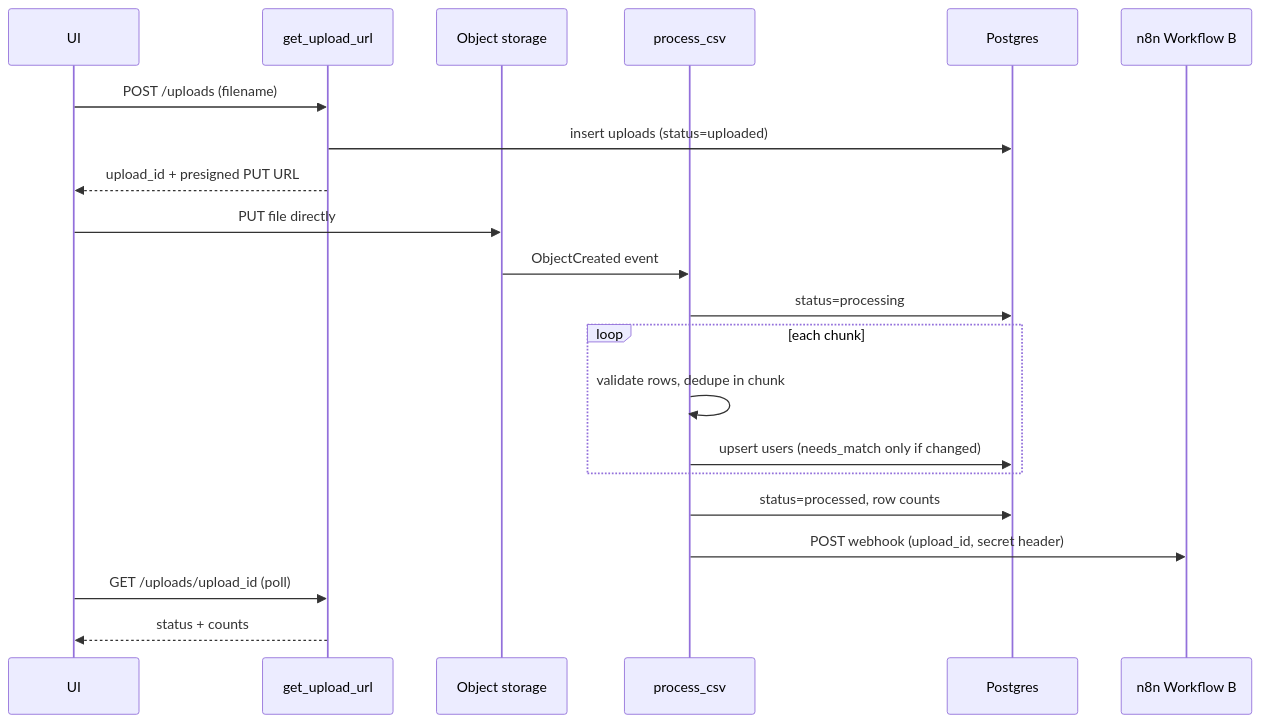
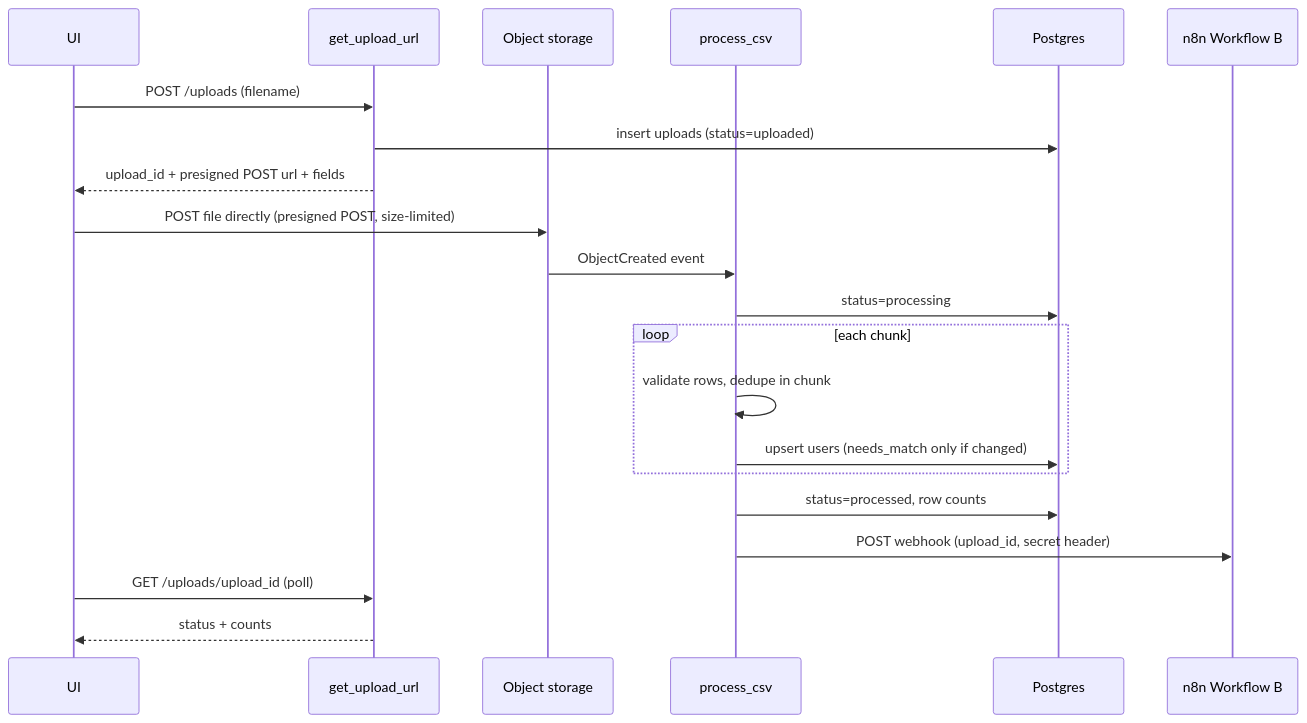
The third of 7 diagrams in planning/architecture.md (ChandanKhamitkar/loan-eligibility-engine), drawn with Mermaid before and after one commit. The commit also changed other lines of this file and 31 other files, not shown here.

````diff
--- a/planning/architecture.md
+++ b/planning/architecture.md
@@ -56,24 +56,24 @@
 ```mermaid
 sequenceDiagram
     participant U as UI
     participant A as get_upload_url
     participant S as Object storage
     participant P as process_csv
     participant D as Postgres
     participant N as n8n Workflow B
 
     U->>A: POST /uploads (filename)
     A->>D: insert uploads (status=uploaded)
-    A-->>U: upload_id + presigned PUT URL
-    U->>S: PUT file directly
+    A-->>U: upload_id + presigned POST url + fields
+    U->>S: POST file directly (presigned POST, size-limited)
     S->>P: ObjectCreated event
     P->>D: status=processing
     loop each chunk
         P->>P: validate rows, dedupe in chunk
         P->>D: upsert users (needs_match only if changed)
     end
     P->>D: status=processed, row counts
     P->>N: POST webhook (upload_id, secret header)
     U->>A: GET /uploads/upload_id (poll)
     A-->>U: status + counts
 ```
````
